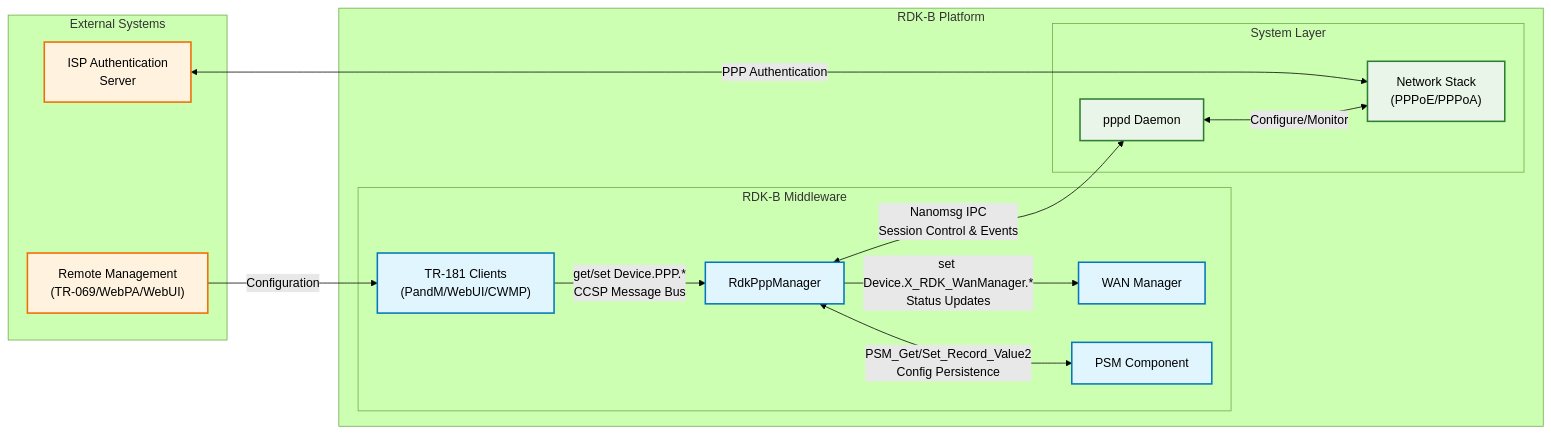
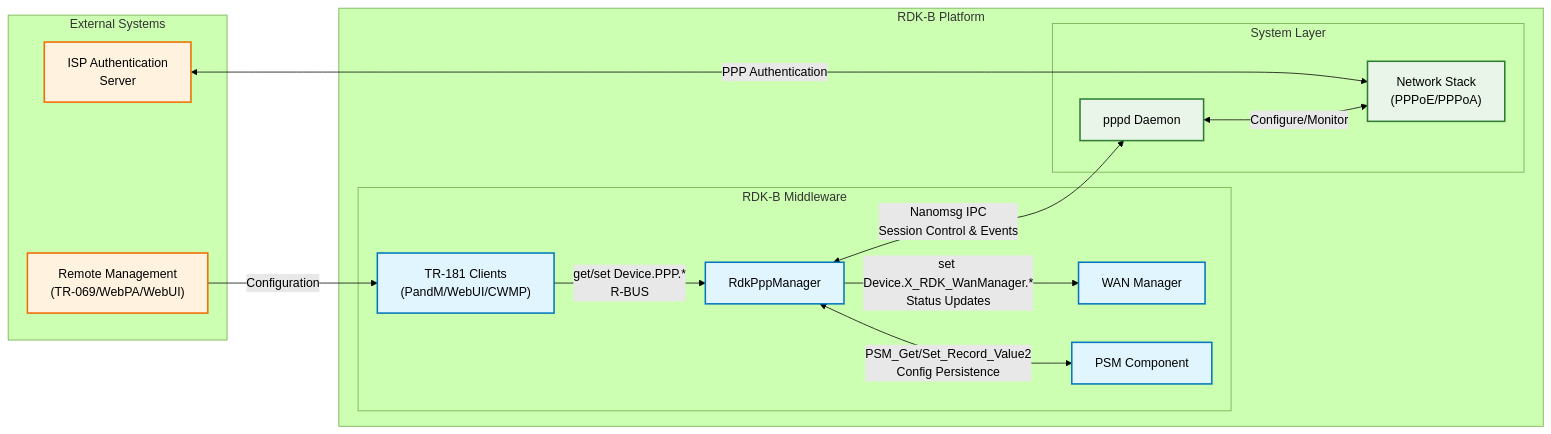
One commit to rdkcentral/RdkPppManager changed the first of 7 diagrams in README.md. Above: the diagram before and after it, drawn with Mermaid (forest theme). The commit also changed other lines of this file, not shown here.

````diff
--- a/README.md
+++ b/README.md
@@ -7,37 +7,37 @@
 ```mermaid
 graph LR
     subgraph "External Systems"
         RemoteMgmt["Remote Management<br/>(TR-069/WebPA/WebUI)"]
         ISP["ISP Authentication<br/>Server"]
     end
 
     subgraph "RDK-B Platform"
         subgraph "RDK-B Middleware"
             TR181Client["TR-181 Clients<br/>(PandM/WebUI/CWMP)"]
             WanMgr["WAN Manager"]
             PSM["PSM Component"]
             PppMgr["RdkPppManager"]
         end
-        
+
         subgraph "System Layer"
             PPPD["pppd Daemon"]
             NetStack["Network Stack<br/>(PPPoE/PPPoA)"]
         end
     end
 
     RemoteMgmt -->|Configuration| TR181Client
     ISP <-->|PPP Authentication| NetStack
-    TR181Client -->|get/set Device.PPP.*<br/>CCSP Message Bus| PppMgr
+    TR181Client -->|get/set Device.PPP.*<br/>R-BUS| PppMgr
     PppMgr -->|set Device.X_RDK_WanManager.*<br/>Status Updates| WanMgr
     PppMgr <-->|PSM_Get/Set_Record_Value2<br/>Config Persistence| PSM
     PppMgr <-->|Nanomsg IPC<br/>Session Control & Events| PPPD
     PPPD <-->|Configure/Monitor| NetStack
 
     classDef external fill:#fff3e0,stroke:#ef6c00,stroke-width:2px;
     classDef rdkbComponent fill:#e1f5fe,stroke:#0277bd,stroke-width:2px;
     classDef system fill:#e8f5e8,stroke:#2e7d32,stroke-width:2px;
 
     class RemoteMgmt,ISP external;
     class TR181Client,WanMgr,PSM,PppMgr rdkbComponent;
     class PPPD,NetStack system;
 ```
````
